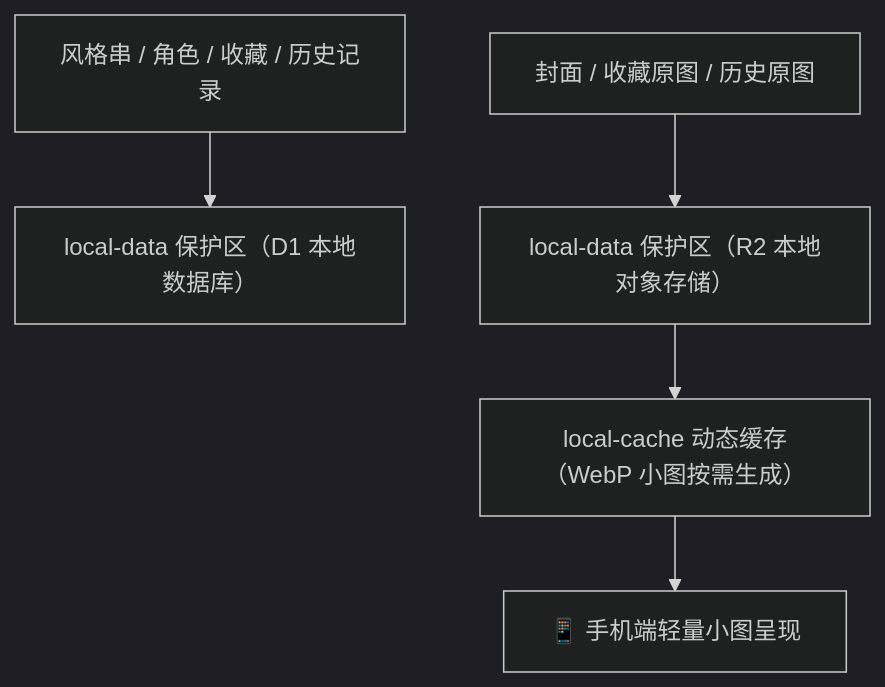
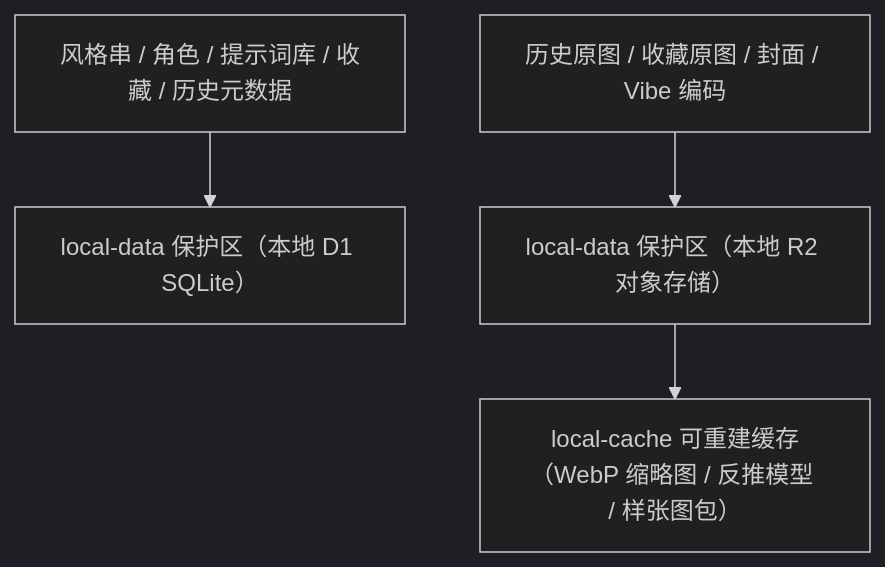
The second of 2 diagrams in README.md (HelloQun54321/nai-atelier), drawn with Mermaid (dark theme) before and after one commit. The commit also changed other lines of this file and 20 other files, not shown here.

````diff
--- a/README.md
+++ b/README.md
@@ -543,7 +296,6 @@
 ```mermaid
 flowchart TD
-    A["风格串 / 角色 / 收藏 / 历史记录"] --> D["local-data 保护区（D1 本地数据库）"]
-    B["封面 / 收藏原图 / 历史原图"] --> R["local-data 保护区（R2 本地对象存储）"]
-    R --> T["local-cache 动态缓存（WebP 小图按需生成）"]
-    T --> M["📱 手机端轻量小图呈现"]
+    A["风格串 / 角色 / 提示词库 / 收藏 / 历史元数据"] --> D["local-data 保护区（本地 D1 SQLite）"]
+    B["历史原图 / 收藏原图 / 封面 / Vibe 编码"] --> R["local-data 保护区（本地 R2 对象存储）"]
+    R --> T["local-cache 可重建缓存（WebP 缩略图 / 反推模型 / 样张图包）"]
 ```
````
